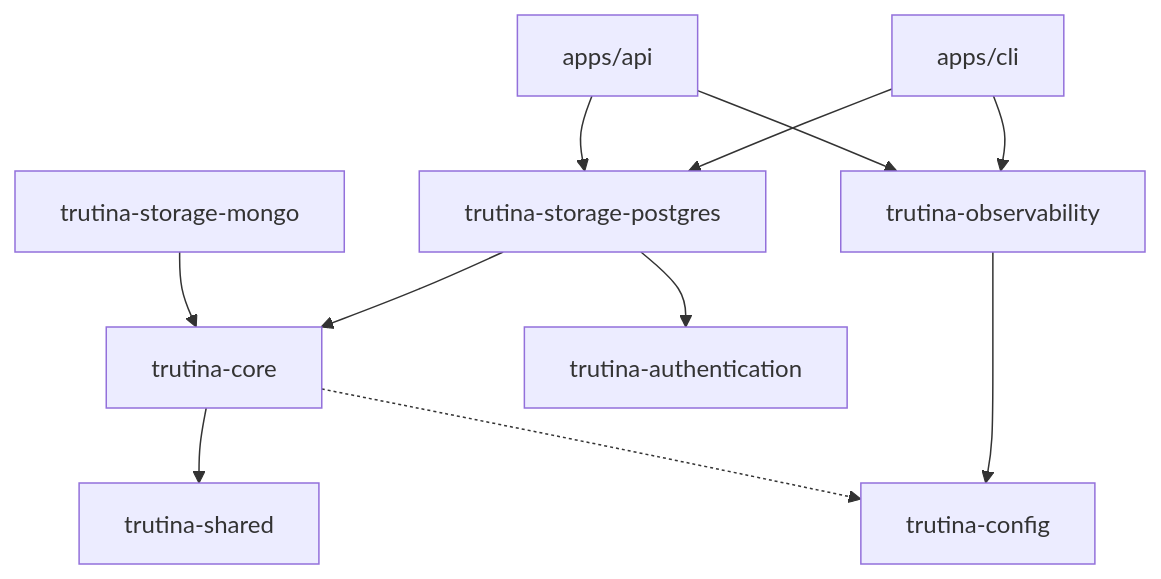
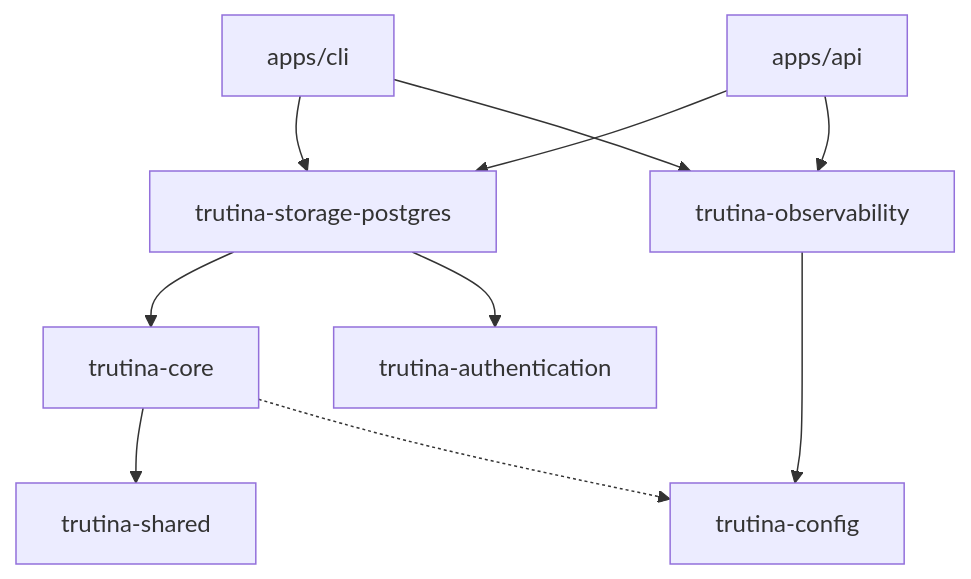
Before and after one commit to Mofathy183/trutina: the diagram in README.md, drawn with Mermaid. The commit also changed other lines of this file and 1 other file, not shown here.

First line of the commit message:
docs(architecture): remove remaining references to trutina-storage-mongo

````diff
--- a/README.md
+++ b/README.md
@@ -22,14 +22,13 @@
 ```mermaid
 flowchart TD
     CLI[apps/cli] --> STORAGE_PG[trutina-storage-postgres]
     CLI --> OBS[trutina-observability]
     API[apps/api] --> STORAGE_PG
     API --> OBS
     STORAGE_PG --> CORE[trutina-core]
-    STORAGE_MONGO[trutina-storage-mongo] --> CORE
     STORAGE_PG --> AUTH
     OBS --> CONFIG[trutina-config]
     CORE --> SHARED[trutina-shared]
     CORE -.-> CONFIG
     AUTH[trutina-authentication]
 ```
````
